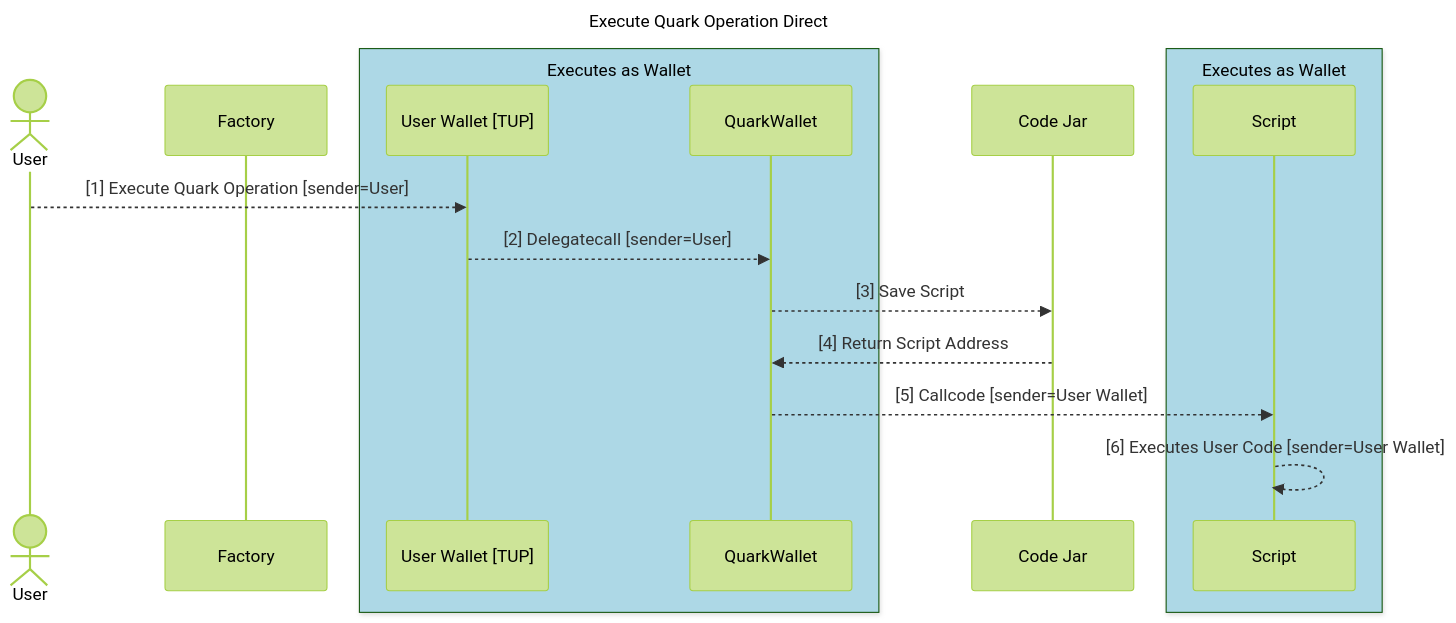
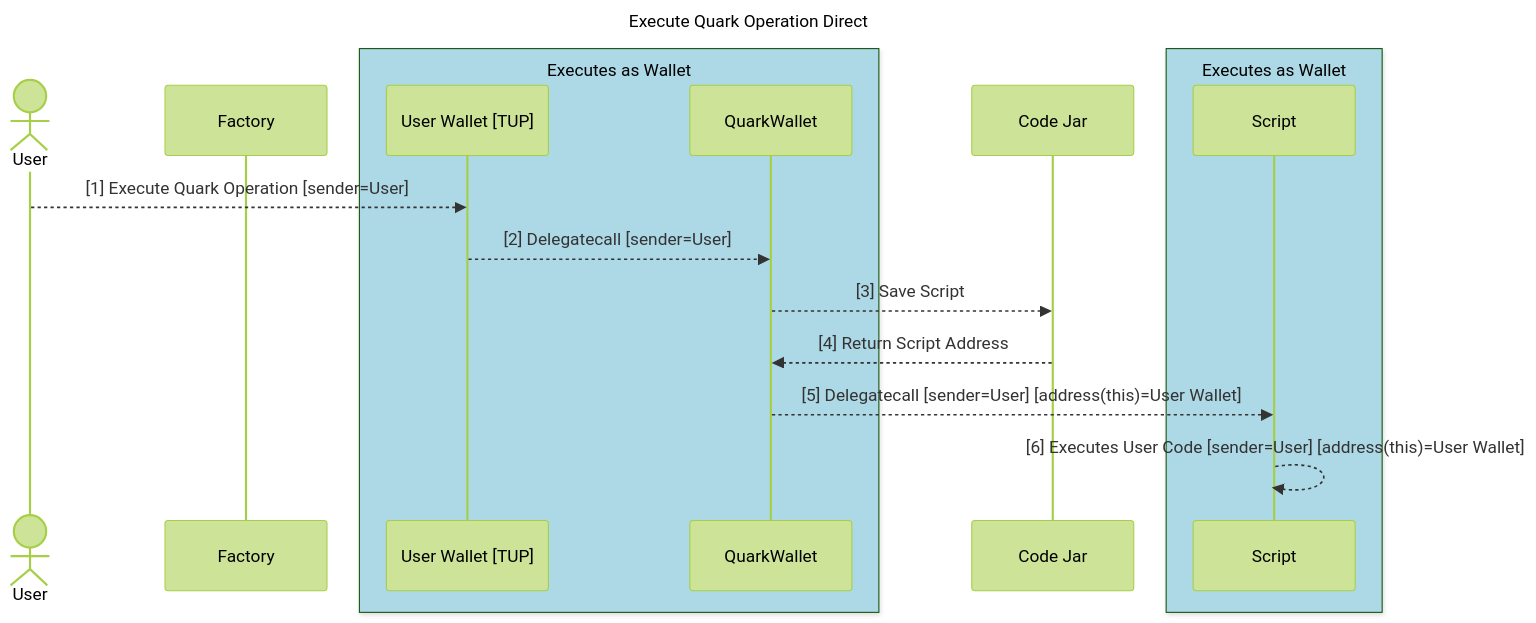
The third of 5 diagrams in diagrams/diagrams.md (compound-finance/quark), drawn with Mermaid before and after one commit. The commit also changed other lines of this file and 11 other files, not shown here.

First line of the commit message:
Switch from `callcode` to `delegatecall` (#222)

````diff
--- a/diagrams/diagrams.md
+++ b/diagrams/diagrams.md
@@ -55,22 +55,22 @@
 ```mermaid
 sequenceDiagram title: Execute Quark Operation Direct
     %%{init: {'theme': 'forest' } }%%
     actor User
     participant F as Factory
 
     box lightblue Executes as Wallet
     participant UW as User Wallet [TUP]
     participant QW as QuarkWallet
     end
     participant CJ as Code Jar
     box lightblue Executes as Wallet
     participant S as Script
     end
 
     User -->> UW: [1] Execute Quark Operation [sender=User]
     UW -->> QW: [2] Delegatecall [sender=User]
     QW -->> CJ: [3] Save Script
     CJ -->> QW: [4] Return Script Address
-    QW -->> S: [5] Callcode [sender=User Wallet]
-    S -->> S: [6] Executes User Code [sender=User Wallet]
+    QW -->> S: [5] Delegatecall [sender=User] [address(this)=User Wallet]
+    S -->> S: [6] Executes User Code [sender=User] [address(this)=User Wallet]
 ```
````
